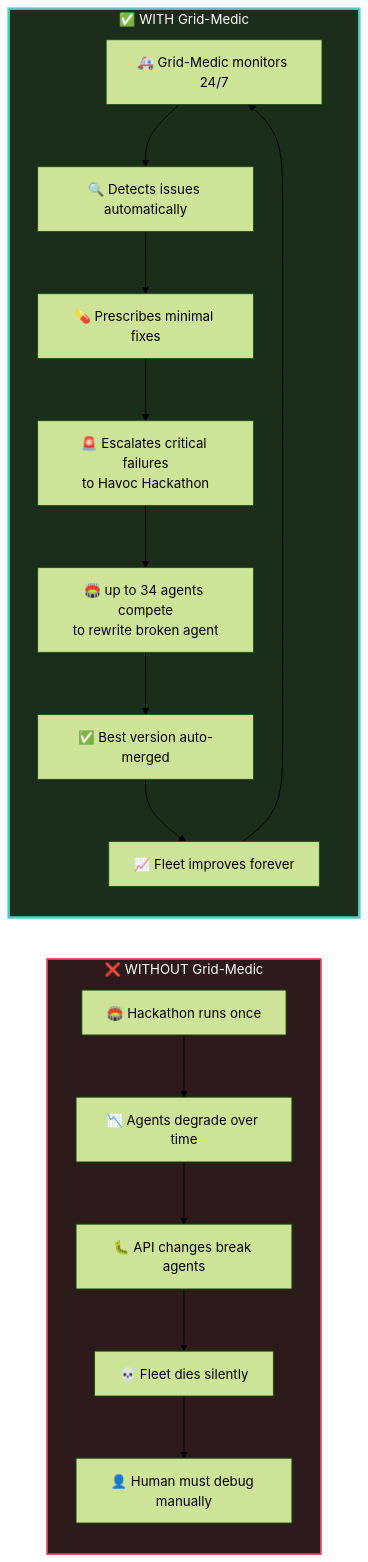
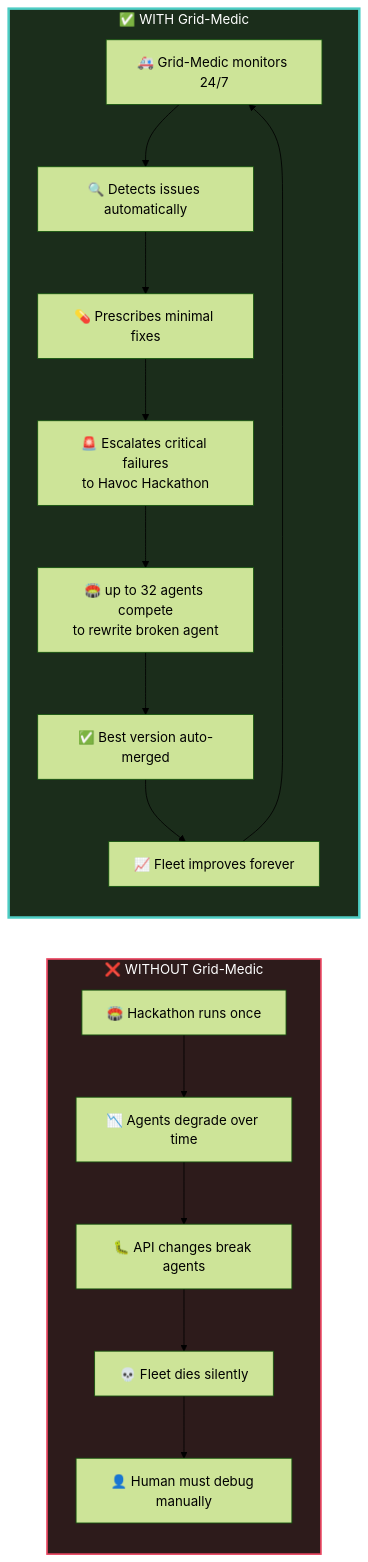
The second of 5 diagrams in docs/GRID-MEDIC-ARCHITECTURE.md (DUBSOpenHub/havoc-hackathon), drawn with Mermaid (forest theme) before and after one commit. The commit also changed other lines of this file and 1 other file, not shown here.

First line of the commit message:
docs: update tagline — remove Layer 2 label, 32 agents, 5 rounds

````diff
--- a/docs/GRID-MEDIC-ARCHITECTURE.md
+++ b/docs/GRID-MEDIC-ARCHITECTURE.md
@@ -59,24 +59,24 @@
 ```mermaid
 flowchart LR
     subgraph WITHOUT["❌ WITHOUT Grid-Medic"]
         direction TB
         W1["🏟️ Hackathon runs once"] --> W2["📉 Agents degrade over time"]
         W2 --> W3["🐛 API changes break agents"]
         W3 --> W4["💀 Fleet dies silently"]
         W4 --> W5["👤 Human must debug manually"]
     end
 
     subgraph WITH["✅ WITH Grid-Medic"]
         direction TB
         G1["🚑 Grid-Medic monitors 24/7"] --> G2["🔍 Detects issues automatically"]
         G2 --> G3["💊 Prescribes minimal fixes"]
         G3 --> G4["🚨 Escalates critical failures\nto Havoc Hackathon"]
-        G4 --> G5["🏟️ up to 34 agents compete\nto rewrite broken agent"]
+        G4 --> G5["🏟️ up to 32 agents compete\nto rewrite broken agent"]
         G5 --> G6["✅ Best version auto-merged"]
         G6 --> G7["📈 Fleet improves forever"]
         G7 --> G1
     end
 
     style WITHOUT fill:#2d1b1b,stroke:#e94560,stroke-width:2px,color:#fff
     style WITH fill:#1b2d1b,stroke:#4ecdc4,stroke-width:3px,color:#fff
 ```
````
